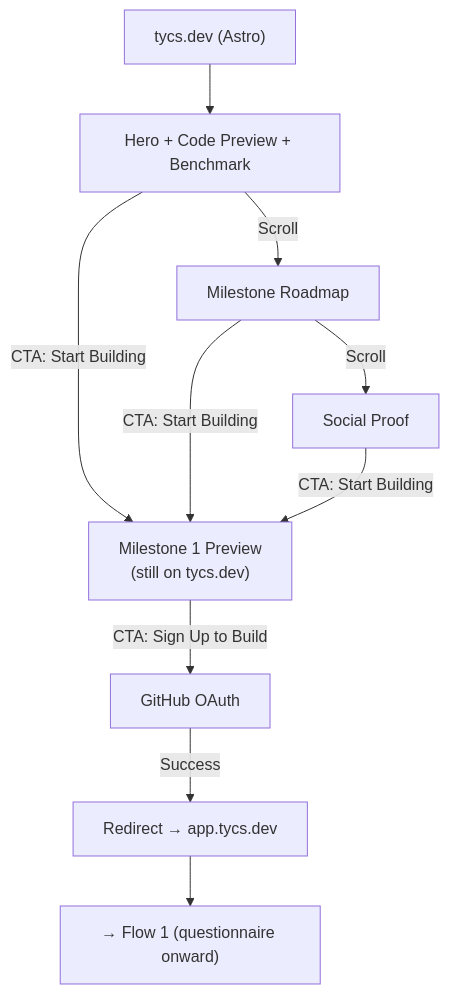
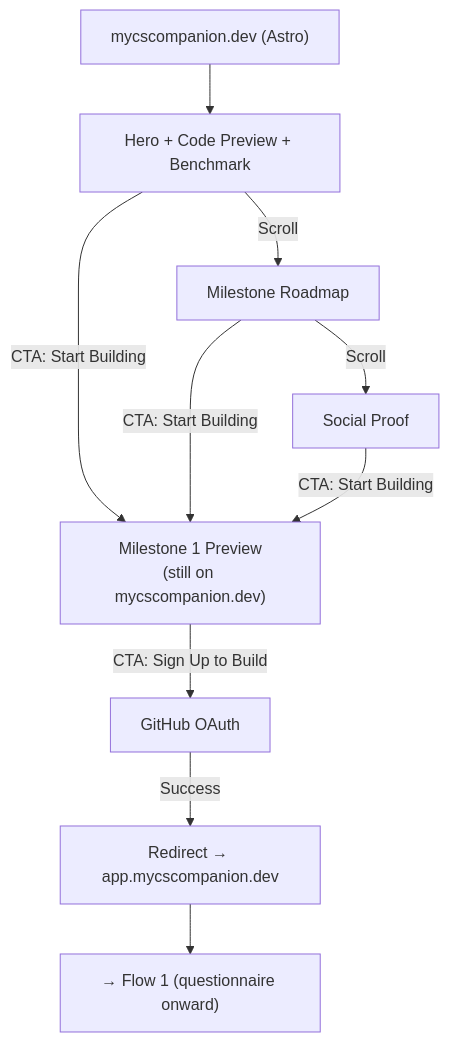
Before and after one commit to andukdahacker/tycs: the fourth of 6 diagrams in _bmad-output/planning-artifacts/ux-design-specification.md, drawn with Mermaid. The commit also changed other lines of this file and 63 other files, not shown here.

First line of the commit message:
Rename project from tycs to mycscompanion and create Story 2.1

````diff
--- a/_bmad-output/planning-artifacts/ux-design-specification.md
+++ b/_bmad-output/planning-artifacts/ux-design-specification.md
@@ -1171,12 +1171,12 @@
 ```mermaid
 flowchart TD
-    A["tycs.dev (Astro)"] --> B["Hero + Code Preview + Benchmark"]
+    A["mycscompanion.dev (Astro)"] --> B["Hero + Code Preview + Benchmark"]
     B -->|"Scroll"| C["Milestone Roadmap"]
     C -->|"Scroll"| D["Social Proof"]
-    B -->|"CTA: Start Building"| E["Milestone 1 Preview<br/>(still on tycs.dev)"]
+    B -->|"CTA: Start Building"| E["Milestone 1 Preview<br/>(still on mycscompanion.dev)"]
     C -->|"CTA: Start Building"| E
     D -->|"CTA: Start Building"| E
     E -->|"CTA: Sign Up to Build"| F["GitHub OAuth"]
-    F -->|"Success"| G["Redirect → app.tycs.dev"]
+    F -->|"Success"| G["Redirect → app.mycscompanion.dev"]
     G --> H["→ Flow 1 (questionnaire onward)"]
 ```
````
